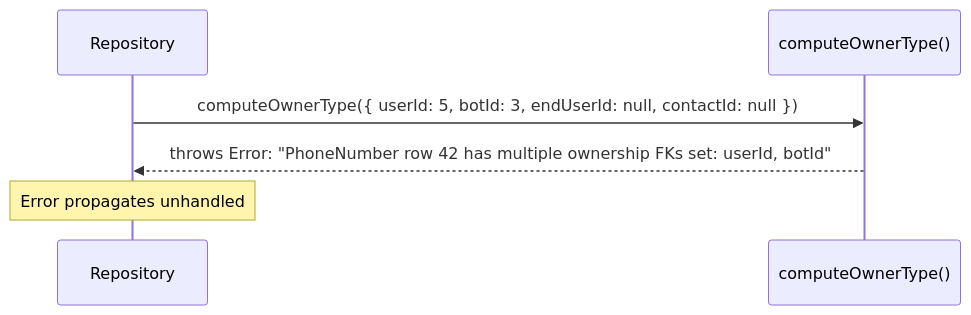
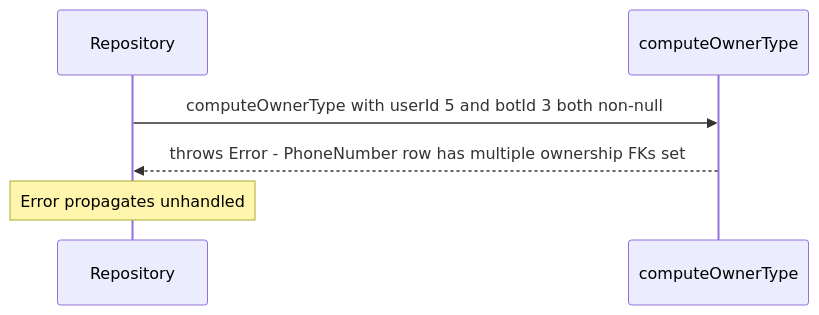
Before and after one commit to phonetastic-eng/phonetastic-server: the fourth of 6 diagrams in docs/zod-domain-types-design.md, drawn with Mermaid. The commit also changed other lines of this file and 1 other file, not shown here.

First line of the commit message:
Fix broken Mermaid diagrams in design docs

````diff
--- a/docs/zod-domain-types-design.md
+++ b/docs/zod-domain-types-design.md
@@ -105,9 +105,9 @@
 ```mermaid
 sequenceDiagram
     participant R as Repository
-    participant C as computeOwnerType()
+    participant C as computeOwnerType
 
-    R->>C: computeOwnerType({ userId: 5, botId: 3, endUserId: null, contactId: null })
-    C-->>R: throws Error: "PhoneNumber row 42 has multiple ownership FKs set: userId, botId"
+    R->>C: computeOwnerType with userId 5 and botId 3 both non-null
+    C-->>R: throws Error - PhoneNumber row has multiple ownership FKs set
     note over R: Error propagates unhandled
 ```
````
